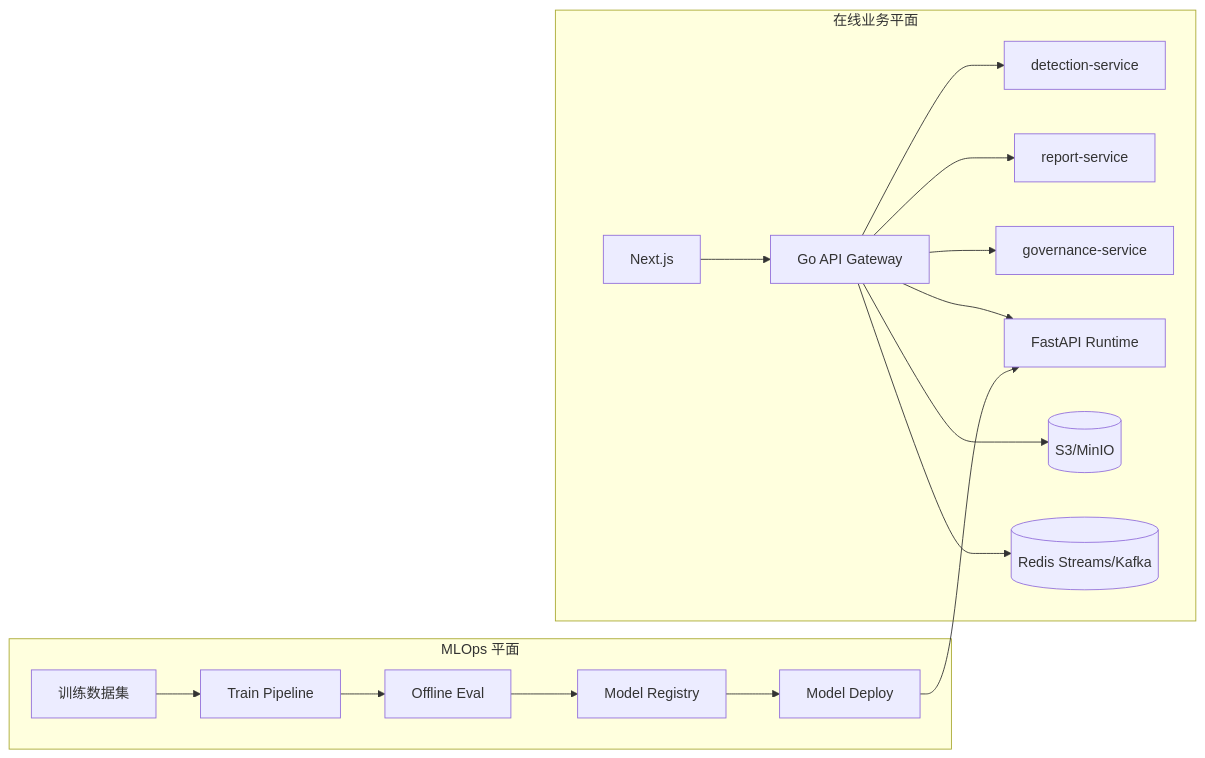
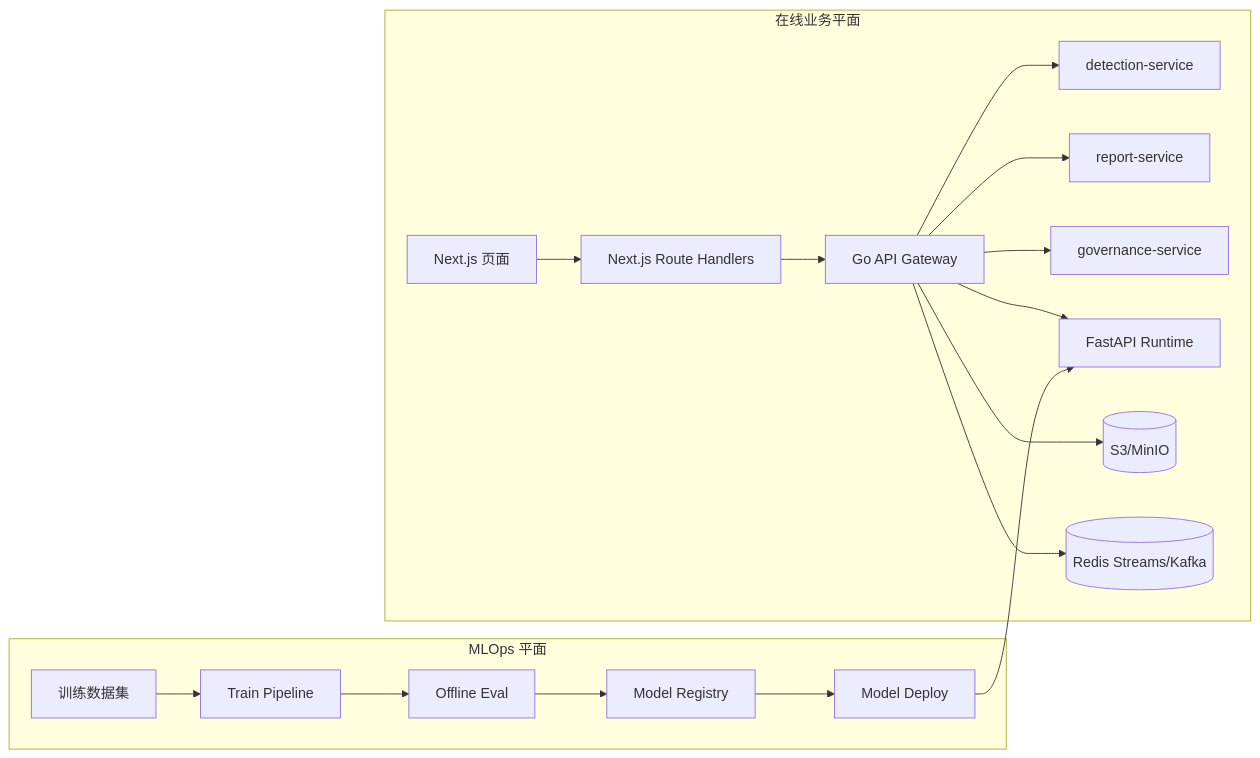
The second of 3 diagrams in backend-go/MICROSERVICES.md (laixinyu/cancer-detection-system), drawn with Mermaid before and after one commit. The commit also changed other lines of this file, not shown here.

Commit message:
docs(backend-go): add BFF layer to microservices architecture diagrams

````diff
--- a/backend-go/MICROSERVICES.md
+++ b/backend-go/MICROSERVICES.md
@@ -39,20 +40,21 @@
 ```mermaid
 flowchart LR
   subgraph OnlinePlane[在线业务平面]
-    FE[Next.js] --> GW[Go API Gateway]
+    FE[Next.js 页面] --> BFF[Next.js Route Handlers]
+    BFF --> GW[Go API Gateway]
     GW --> DET[detection-service]
     GW --> REP[report-service]
     GW --> GOV[governance-service]
     GW --> AI[FastAPI Runtime]
     GW --> OBJ[(S3/MinIO)]
     GW --> BUS[(Redis Streams/Kafka)]
   end
 
   subgraph MLOpsPlane[MLOps 平面]
     DATA[训练数据集] --> TRAIN[Train Pipeline]
     TRAIN --> EVAL[Offline Eval]
     EVAL --> REG[Model Registry]
     REG --> DEPLOY[Model Deploy]
     DEPLOY --> AI
   end
 ```
````
